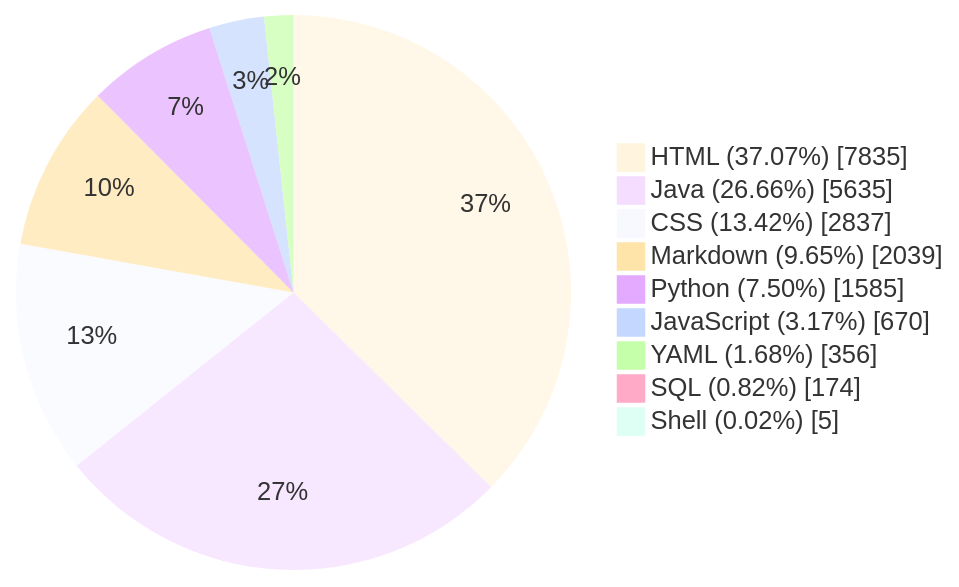
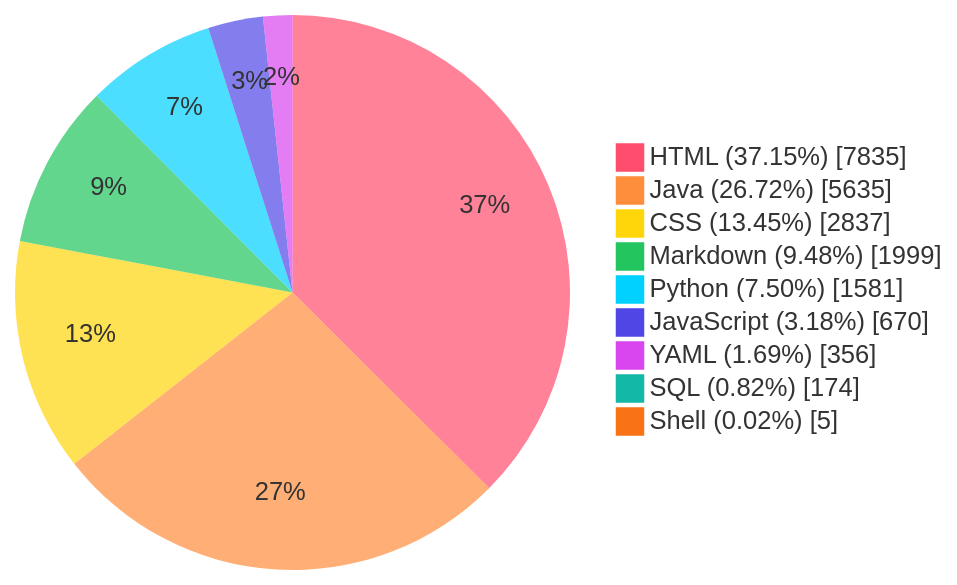
The diagram in script/generated/README_STATS.md (TheBadRoger/BUCT-Teaching-Aids), drawn with Mermaid before and after one commit. The commit also changed other lines of this file and 4 other files, not shown here.

````diff
--- a/script/generated/README_STATS.md
+++ b/script/generated/README_STATS.md
@@ -31,18 +15,28 @@
 ```mermaid
 %%{init: {'theme':'base','themeVariables': {
-  'fontFamily': 'JetBrains Mono, Fira Code, Consolas, monospace',
+  'fontFamily': 'Fira Code, JetBrains Mono, Source Code Pro, Cascadia Code, Menlo, Consolas, monospace',
   'pieStrokeColor': 'transparent',
   'pieStrokeWidth': '0px',
-  'pieOuterStrokeWidth': '0px'
+  'pieOuterStrokeWidth': '0px',
+  'pie1': '#FF4D6D',
+  'pie2': '#FF8E3C',
+  'pie3': '#FFD60A',
+  'pie4': '#22C55E',
+  'pie5': '#00D1FF',
+  'pie6': '#4F46E5',
+  'pie7': '#D946EF',
+  'pie8': '#14B8A6',
+  'pie9': '#F97316',
+  'pie10': '#A855F7'
 }}}%%
 pie showData
-    "HTML (37.07%)" : 7835
-    "Java (26.66%)" : 5635
-    "CSS (13.42%)" : 2837
-    "Markdown (9.65%)" : 2039
-    "Python (7.50%)" : 1585
-    "JavaScript (3.17%)" : 670
-    "YAML (1.68%)" : 356
+    "HTML (37.15%)" : 7835
+    "Java (26.72%)" : 5635
+    "CSS (13.45%)" : 2837
+    "Markdown (9.48%)" : 1999
+    "Python (7.50%)" : 1581
+    "JavaScript (3.18%)" : 670
+    "YAML (1.69%)" : 356
     "SQL (0.82%)" : 174
     "Shell (0.02%)" : 5
 ```
````
